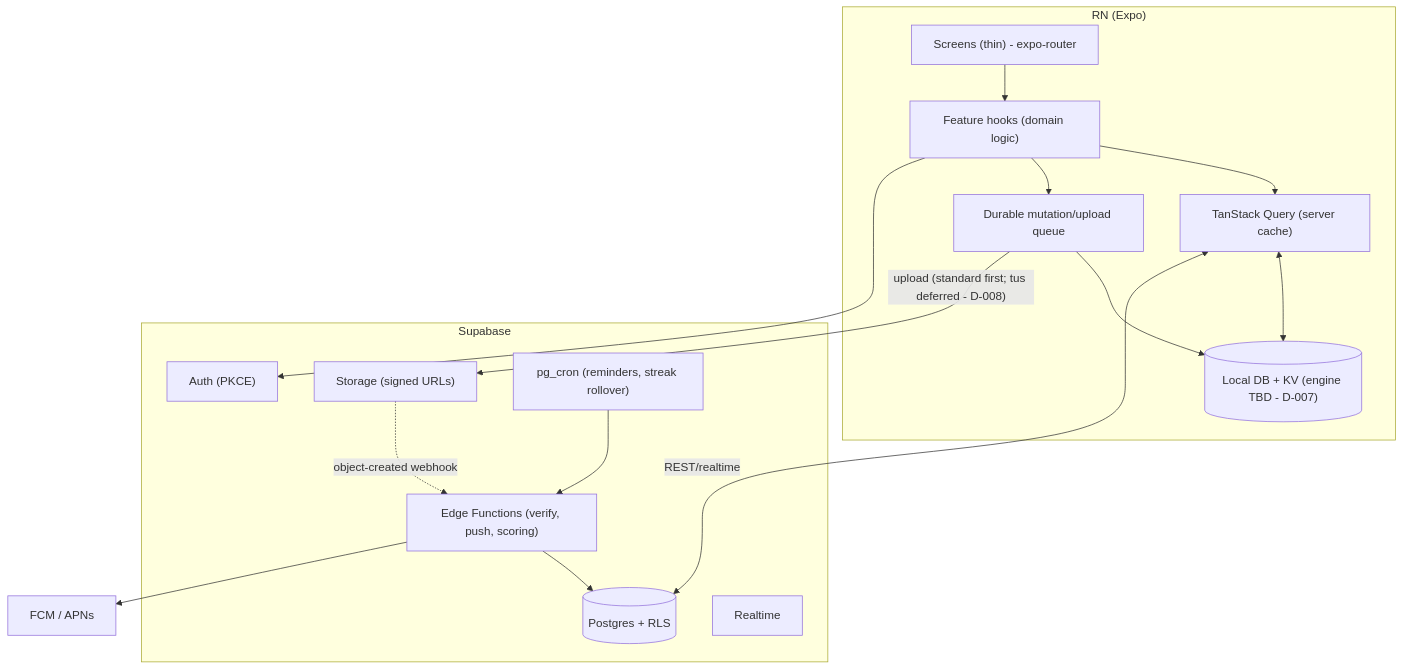
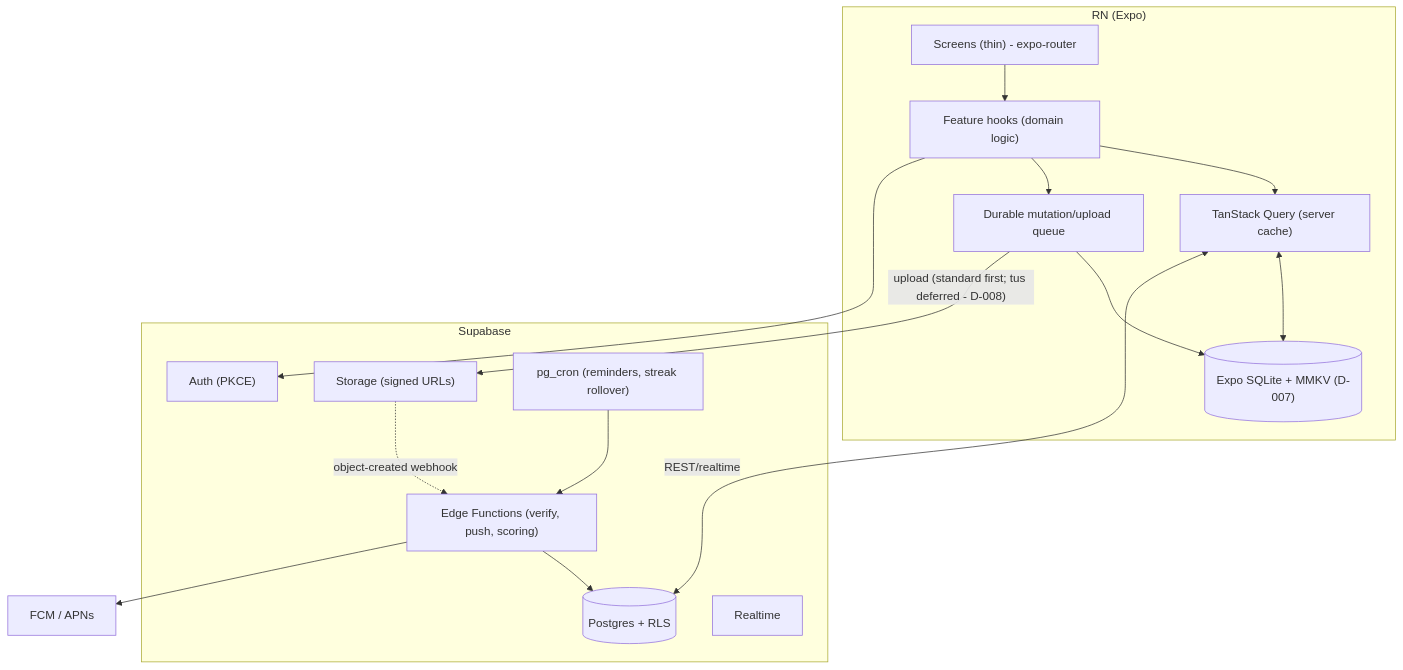
Before and after one commit to Dastanq44/Basta-App: the diagram in docs/architecture/ARCHITECTURE.md, drawn with Mermaid. The commit also changed other lines of this file and 13 other files, not shown here.

````diff
--- a/docs/architecture/ARCHITECTURE.md
+++ b/docs/architecture/ARCHITECTURE.md
@@ -25,30 +25,30 @@
 ```mermaid
 flowchart TB
   subgraph Client["RN (Expo)"]
     UI["Screens (thin) - expo-router"]
     FH["Feature hooks (domain logic)"]
     Q["TanStack Query (server cache)"]
     MQ["Durable mutation/upload queue"]
-    DB[("Local DB + KV (engine TBD - D-007)")]
+    DB[("Expo SQLite + MMKV (D-007)")]
     UI --> FH --> Q
     FH --> MQ
     Q <--> DB
     MQ --> DB
   end
   subgraph Supabase["Supabase"]
     AUTH["Auth (PKCE)"]
     PG[("Postgres + RLS")]
     RT["Realtime"]
     ST["Storage (signed URLs)"]
     EF["Edge Functions (verify, push, scoring)"]
     CR["pg_cron (reminders, streak rollover)"]
   end
   EXT["FCM / APNs"]
   MQ -- "upload (standard first; tus deferred - D-008)" --> ST
   Q <-- "REST/realtime" --> PG
   FH --> AUTH
   ST -. "object-created webhook" .-> EF
   EF --> PG
   EF --> EXT
   CR --> EF
 ```
````
